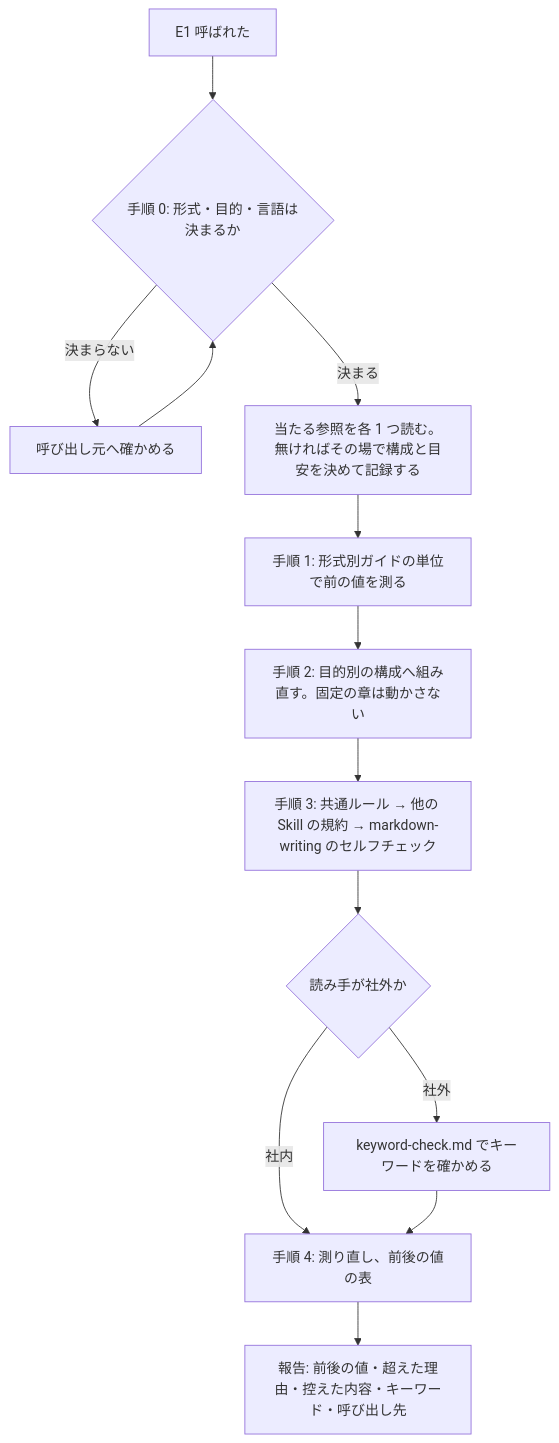
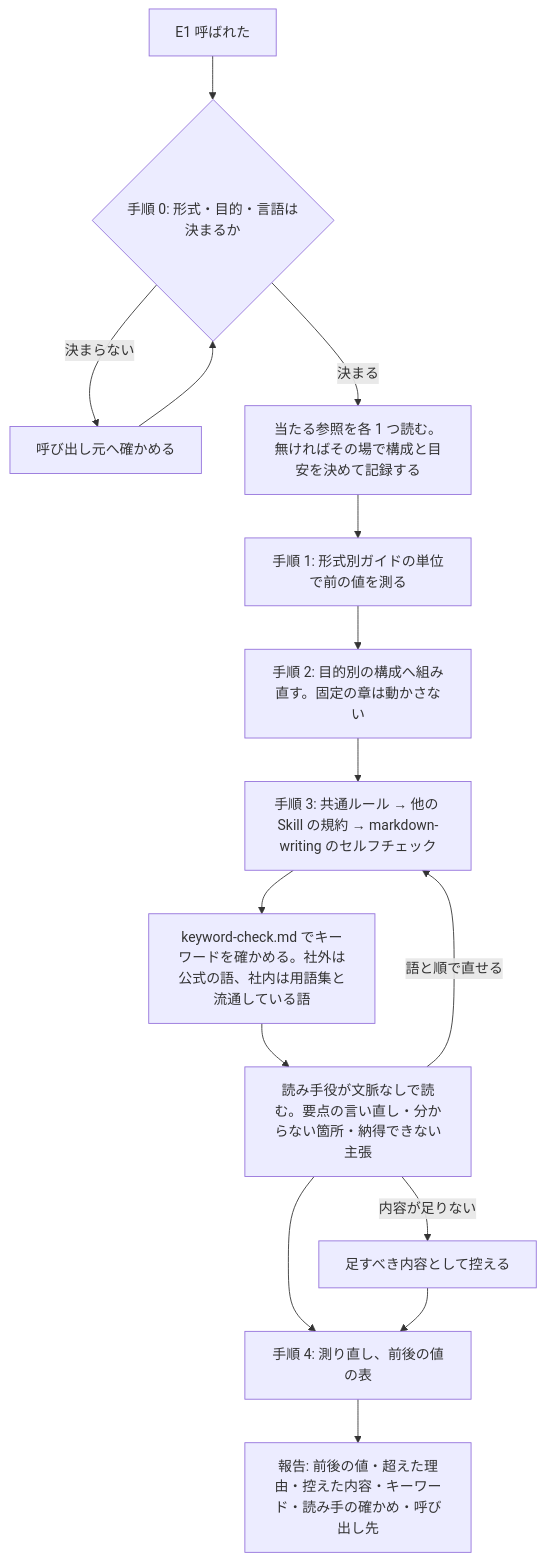
Before and after one commit to devbasex/ai-plugins: the second of 2 diagrams in issues/issue-2086-design.md, drawn with Mermaid. The commit also changed other lines of this file and 1 other file, not shown here.

````diff
--- a/issues/issue-2086-design.md
+++ b/issues/issue-2086-design.md
@@ -263,15 +266,17 @@
 ```mermaid
 graph TD
   A[E1 呼ばれた] --> B{手順 0: 形式・目的・言語は決まるか}
   B -->|決まらない| Q[呼び出し元へ確かめる]
   Q --> B
   B -->|決まる| C[当たる参照を各 1 つ読む。無ければその場で構成と目安を決めて記録する]
   C --> D[手順 1: 形式別ガイドの単位で前の値を測る]
   D --> E[手順 2: 目的別の構成へ組み直す。固定の章は動かさない]
   E --> F[手順 3: 共通ルール → 他の Skill の規約 → markdown-writing のセルフチェック]
-  F --> G{読み手が社外か}
-  G -->|社外| H[keyword-check.md でキーワードを確かめる]
-  G -->|社内| I
-  H --> I[手順 4: 測り直し、前後の値の表]
-  I --> J[報告: 前後の値・超えた理由・控えた内容・キーワード・呼び出し先]
+  F --> H[keyword-check.md でキーワードを確かめる。社外は公式の語、社内は用語集と流通している語]
+  H --> R[読み手役が文脈なしで読む。要点の言い直し・分からない箇所・納得できない主張]
+  R -->|語と順で直せる| F
+  R -->|内容が足りない| N[足すべき内容として控える]
+  R --> I[手順 4: 測り直し、前後の値の表]
+  N --> I
+  I --> J[報告: 前後の値・超えた理由・控えた内容・キーワード・読み手の確かめ・呼び出し先]
 ```
````
